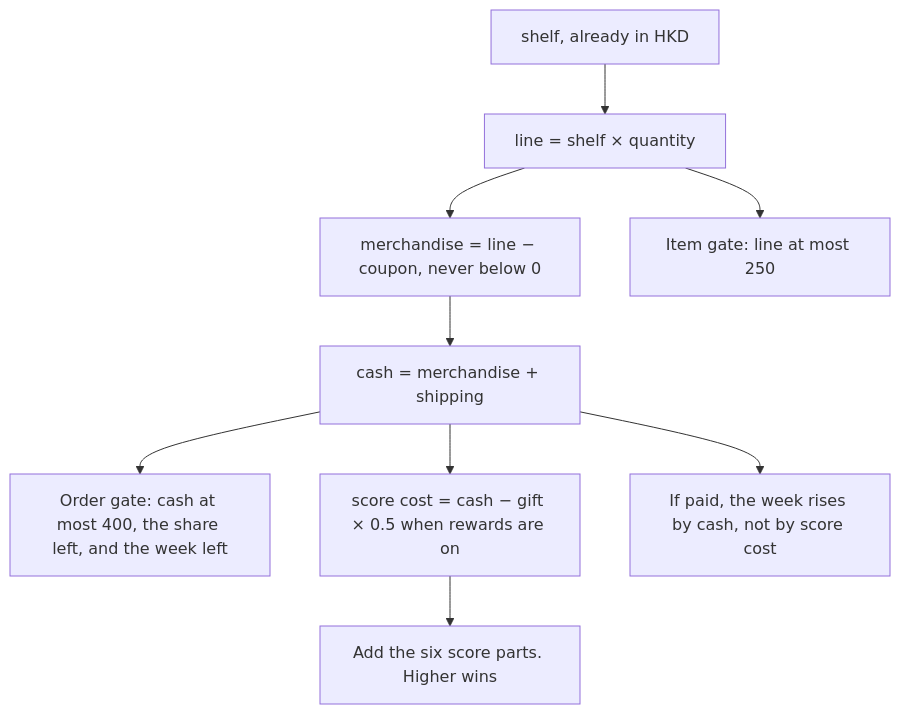
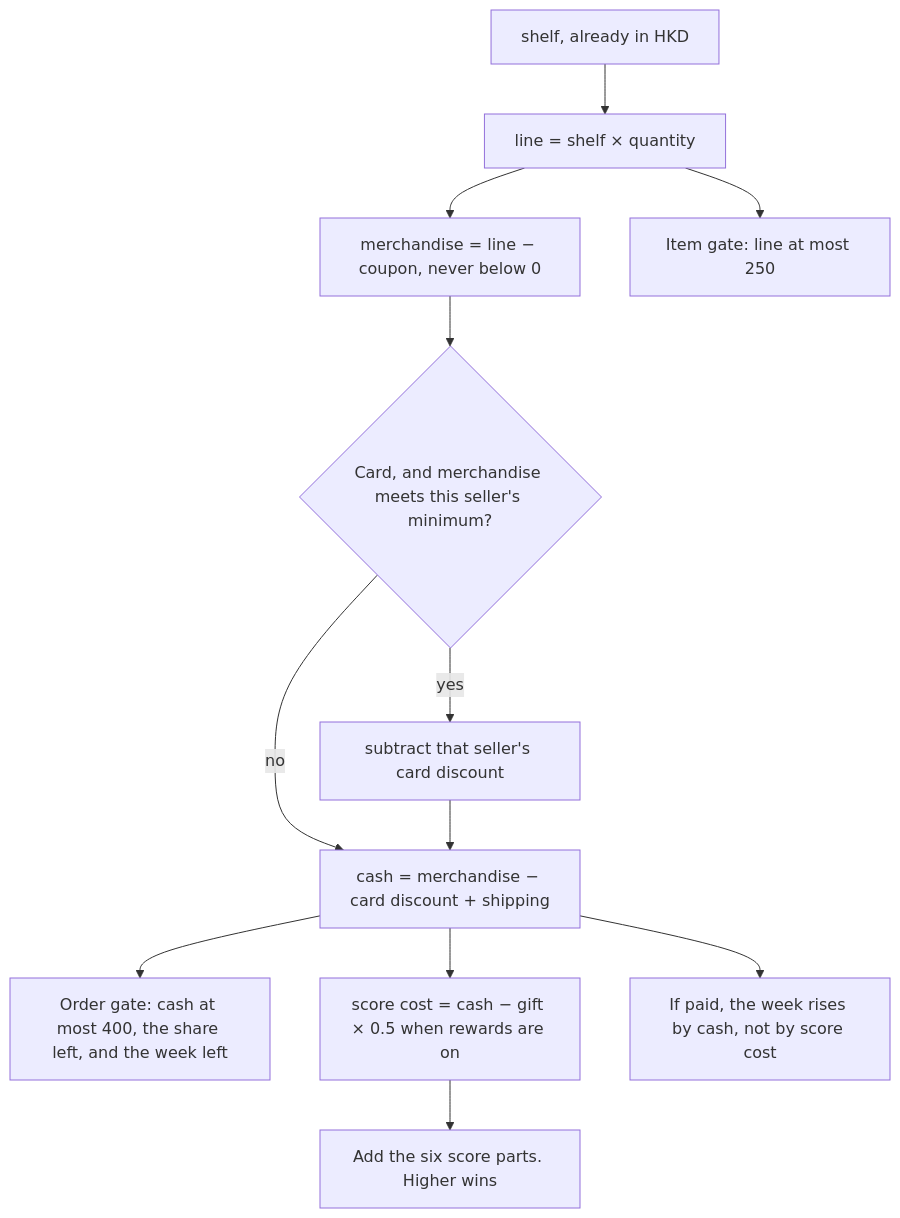
Before and after one commit to jaccokwok/Agentic-Commerce: the fourth of 5 diagrams in tasks/use-cases.md, drawn with Mermaid. The commit also changed other lines of this file and 33 other files, not shown here.

````diff
--- a/tasks/use-cases.md
+++ b/tasks/use-cases.md
@@ -98,11 +101,14 @@
 ```mermaid
 flowchart TD
   shelf["shelf, already in HKD"] --> line["line = shelf × quantity"]
   line --> merch["merchandise = line − coupon, never below 0"]
-  merch --> cash["cash = merchandise + shipping"]
+  merch --> cardGate{"Card, and merchandise meets this seller's minimum?"}
+  cardGate -->|yes| cardOff["subtract that seller's card discount"]
+  cardGate -->|no| cash["cash = merchandise − card discount + shipping"]
+  cardOff --> cash
   line --> item["Item gate: line at most 250"]
   cash --> order["Order gate: cash at most 400, the share left, and the week left"]
   cash --> scoreCost["score cost = cash − gift × 0.5 when rewards are on"]
   scoreCost --> rank["Add the six score parts. Higher wins"]
   cash --> book["If paid, the week rises by cash, not by score cost"]
 ```
````
